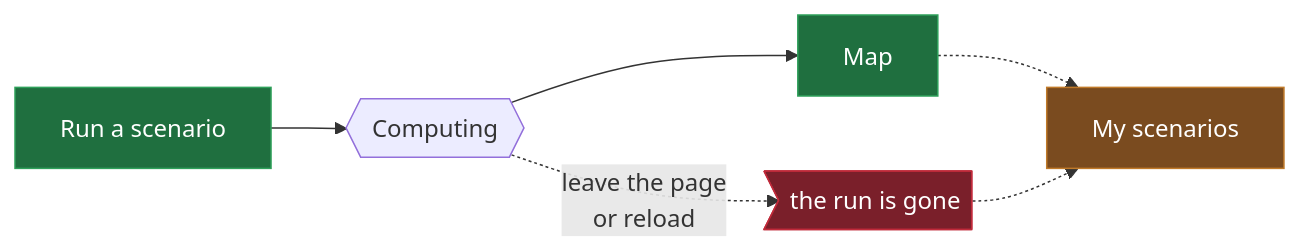
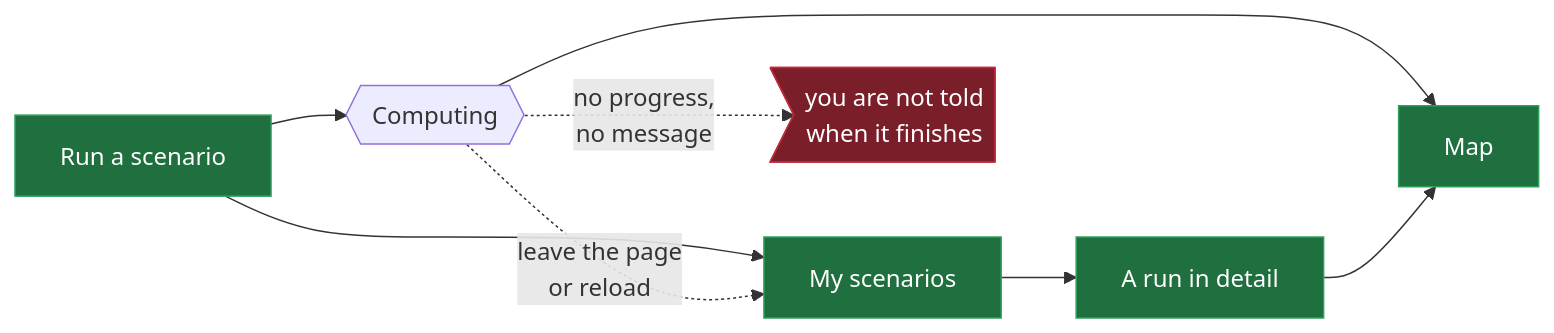
Before and after one commit to Urban-Futures-Collective/ump-x-frontend: the second of 4 diagrams in docs/frontend-flow-en.md, drawn with Mermaid. The commit also changed other lines of this file and 1 other file, not shown here.

First line of the commit message:
docs: bring the flow diagram up to date, keep it in English only

````diff
--- a/docs/frontend-flow-en.md
+++ b/docs/frontend-flow-en.md
@@ -85,15 +90,15 @@
 ```mermaid
 flowchart LR
     Run["Run a scenario"] --> W{{"Computing"}}
     W --> M["Map"]
-    W -.->|leave the page<br/>or reload| Lost>"the run is gone"]
-    M -.-> S["My scenarios"]
-    Lost -.-> S
+    Run --> S["My scenarios"]
+    W -.->|leave the page<br/>or reload| S
+    S --> D["A run in detail"]
+    D --> M
+    W -.->|no progress,<br/>no message| G>"you are not told<br/>when it finishes"]
 
     classDef built fill:#1f6f3f,stroke:#2ea05a,color:#fff
-    classDef placeholder fill:#7a4b1f,stroke:#c07a2a,color:#fff
     classDef gap fill:#7a1f2a,stroke:#c02a3a,color:#fff
-    class Run,M built
-    class S placeholder
-    class Lost gap
+    class Run,M,S,D built
+    class G gap
 ```
````
